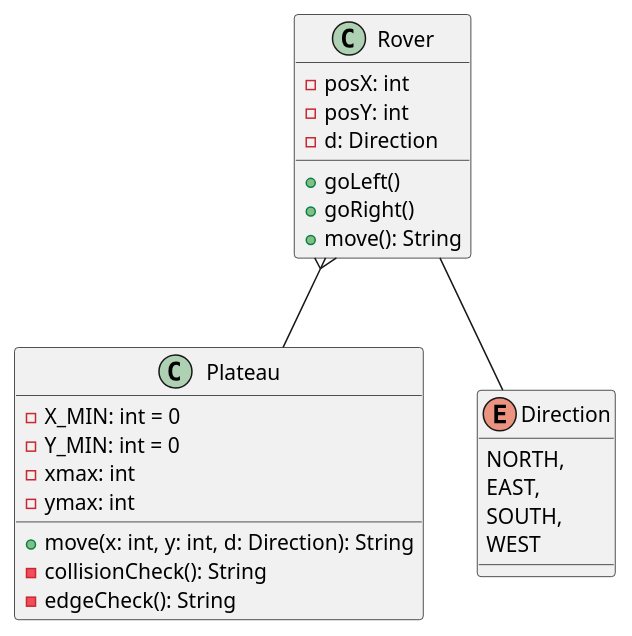
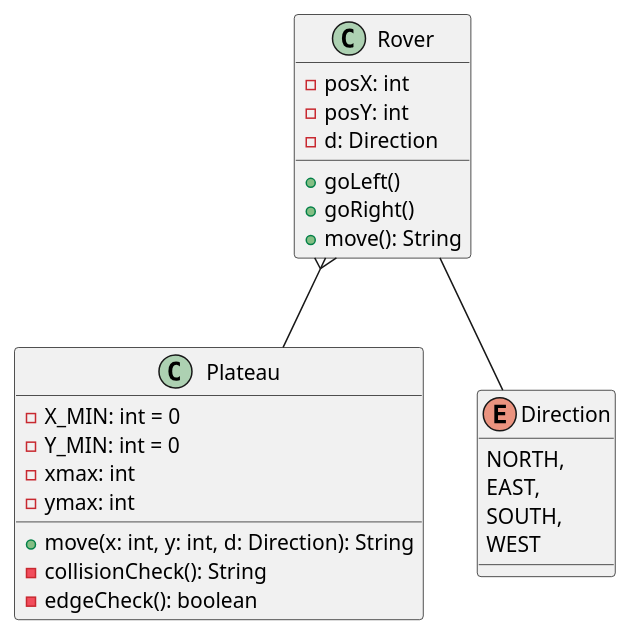
The diagram in MarsRover.puml (jayshree430/MarsRover), drawn with PlantUML before and after one commit.

Commit message:
Refactored the UML design to change the return type of edgeCheck() to boolean

```diff
--- a/MarsRover.puml
+++ b/MarsRover.puml
@@ -1,37 +1,37 @@
 @startuml
 'https://plantuml.com/class-diagram
 
 Rover }-- Plateau
 Rover -- Direction
 
 
 class Plateau {
 - X_MIN: int = 0
 - Y_MIN: int = 0
 - xmax: int
 - ymax: int
 
 + move(x: int, y: int, d: Direction): String
 - collisionCheck(): String
-- edgeCheck(): String
+- edgeCheck(): boolean
 }
 
 class Rover {
   - posX: int
     - posY: int
     - d: Direction
 
     + goLeft()
     + goRight()
     + move(): String
 }
 
 
 enum Direction {
 NORTH,
 EAST,
 SOUTH,
 WEST
 }
 
 @enduml
```
